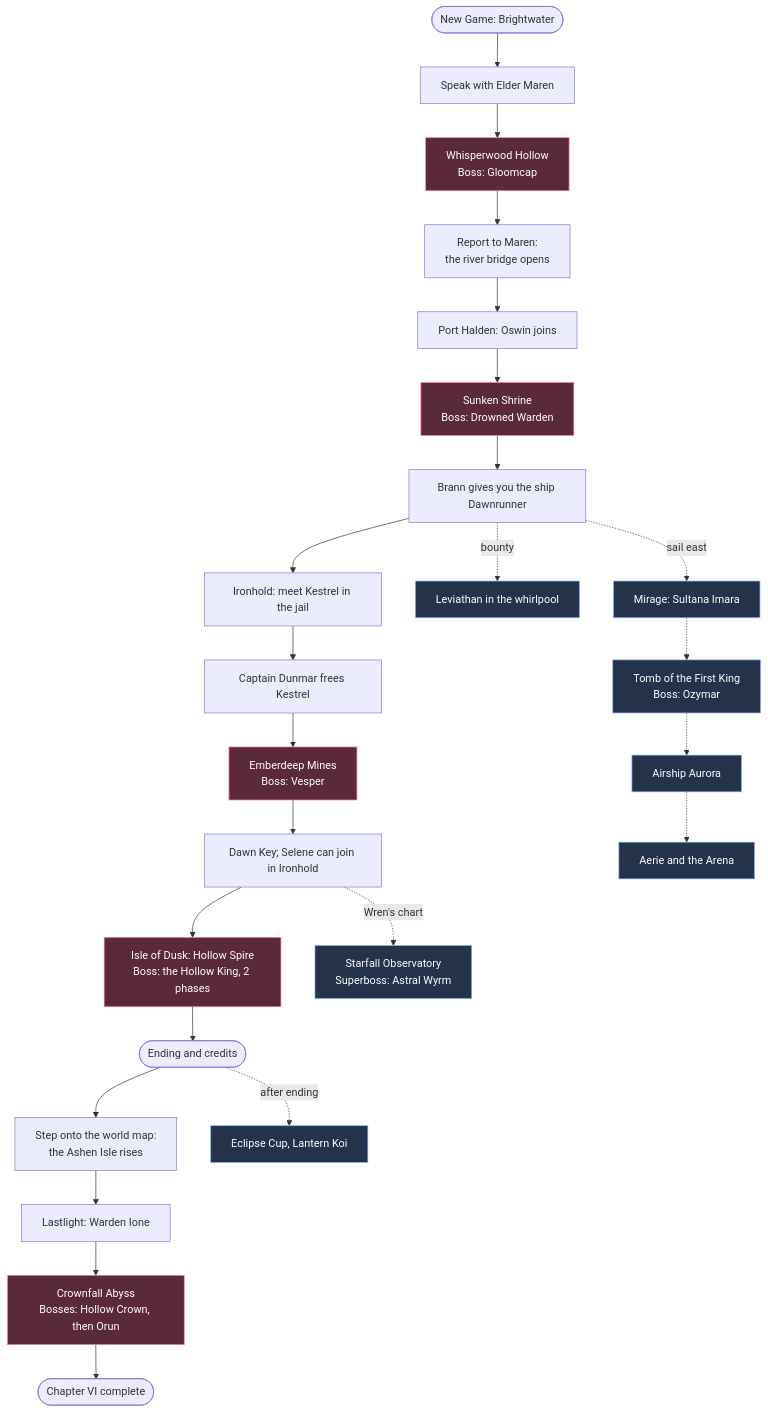
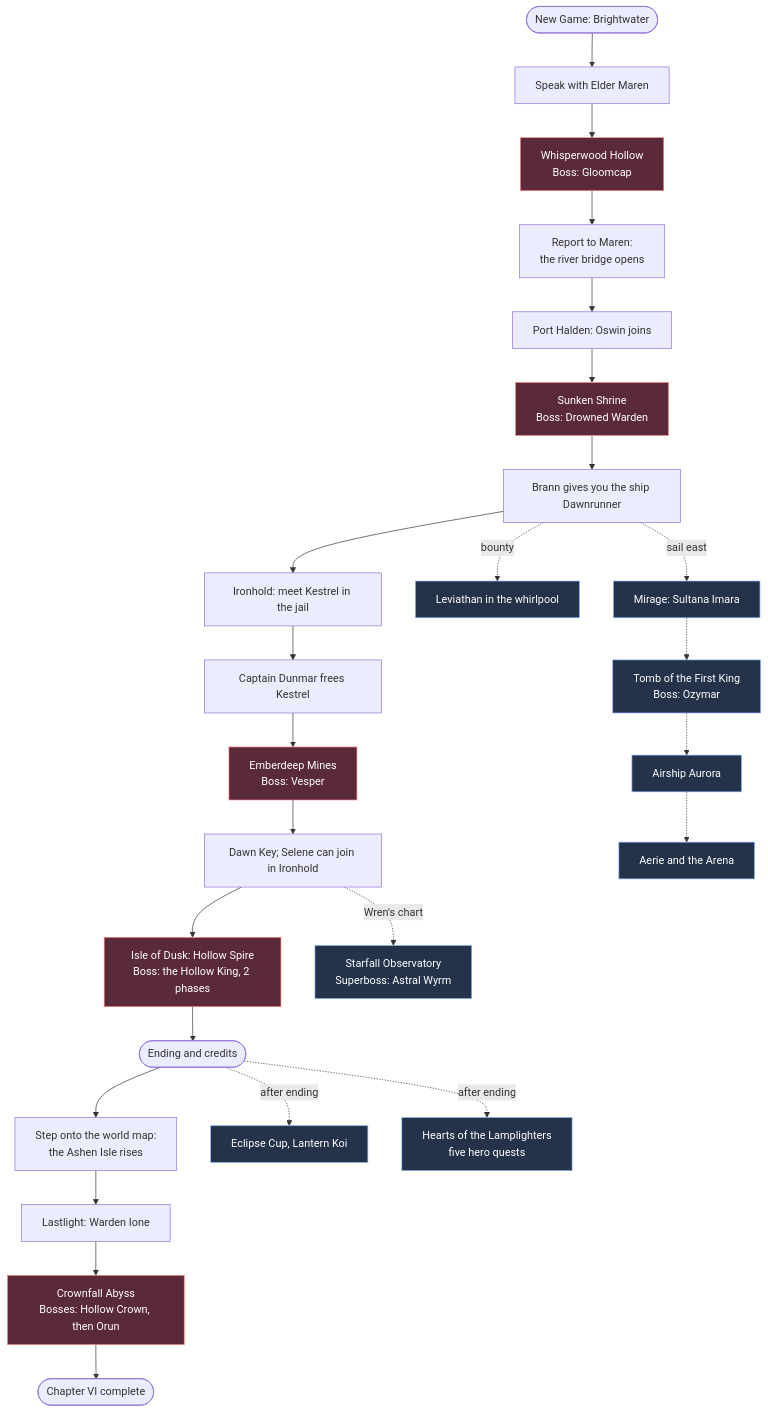
One commit to CptNope/Laternfall changed the first of 9 diagrams in docs/GAME_GUIDE.md. Above: the diagram before and after it, drawn with Mermaid. The commit also changed other lines of this file and 26 other files, not shown here.

````diff
--- a/docs/GAME_GUIDE.md
+++ b/docs/GAME_GUIDE.md
@@ -35,32 +37,33 @@
 ```mermaid
 flowchart TD
     A([New Game: Brightwater]) --> B[Speak with Elder Maren]
     B --> C[Whisperwood Hollow<br/>Boss: Gloomcap]
     C --> D[Report to Maren:<br/>the river bridge opens]
     D --> E[Port Halden: Oswin joins]
     E --> F[Sunken Shrine<br/>Boss: Drowned Warden]
     F --> G[Brann gives you the ship Dawnrunner]
     G --> H[Ironhold: meet Kestrel in the jail]
     H --> I[Captain Dunmar frees Kestrel]
     I --> J[Emberdeep Mines<br/>Boss: Vesper]
     J --> K[Dawn Key; Selene can join in Ironhold]
     K --> L[Isle of Dusk: Hollow Spire<br/>Boss: the Hollow King, 2 phases]
     L --> M([Ending and credits])
     M --> N[Step onto the world map:<br/>the Ashen Isle rises]
     N --> O[Lastlight: Warden Ione]
     O --> P[Crownfall Abyss<br/>Bosses: Hollow Crown, then Orun]
     P --> Q([Chapter VI complete])
 
     G -. bounty .-> LV[Leviathan in the whirlpool]
     G -. sail east .-> MI[Mirage: Sultana Imara]
     MI -.-> TB[Tomb of the First King<br/>Boss: Ozymar]
     TB -.-> AS[Airship Aurora]
     AS -.-> AE[Aerie and the Arena]
     K -. Wren's chart .-> OB[Starfall Observatory<br/>Superboss: Astral Wyrm]
     M -. after ending .-> EC[Eclipse Cup, Lantern Koi]
+    M -. after ending .-> HL[Hearts of the Lamplighters<br/>five hero quests]
 
     classDef boss fill:#5a2a3a,stroke:#ff8a8a,color:#fff
     classDef opt fill:#24324a,stroke:#8ab0ff,color:#fff
     class C,F,J,L,P boss
-    class LV,MI,TB,AS,AE,OB,EC opt
+    class LV,MI,TB,AS,AE,OB,EC,HL opt
 ```
````
